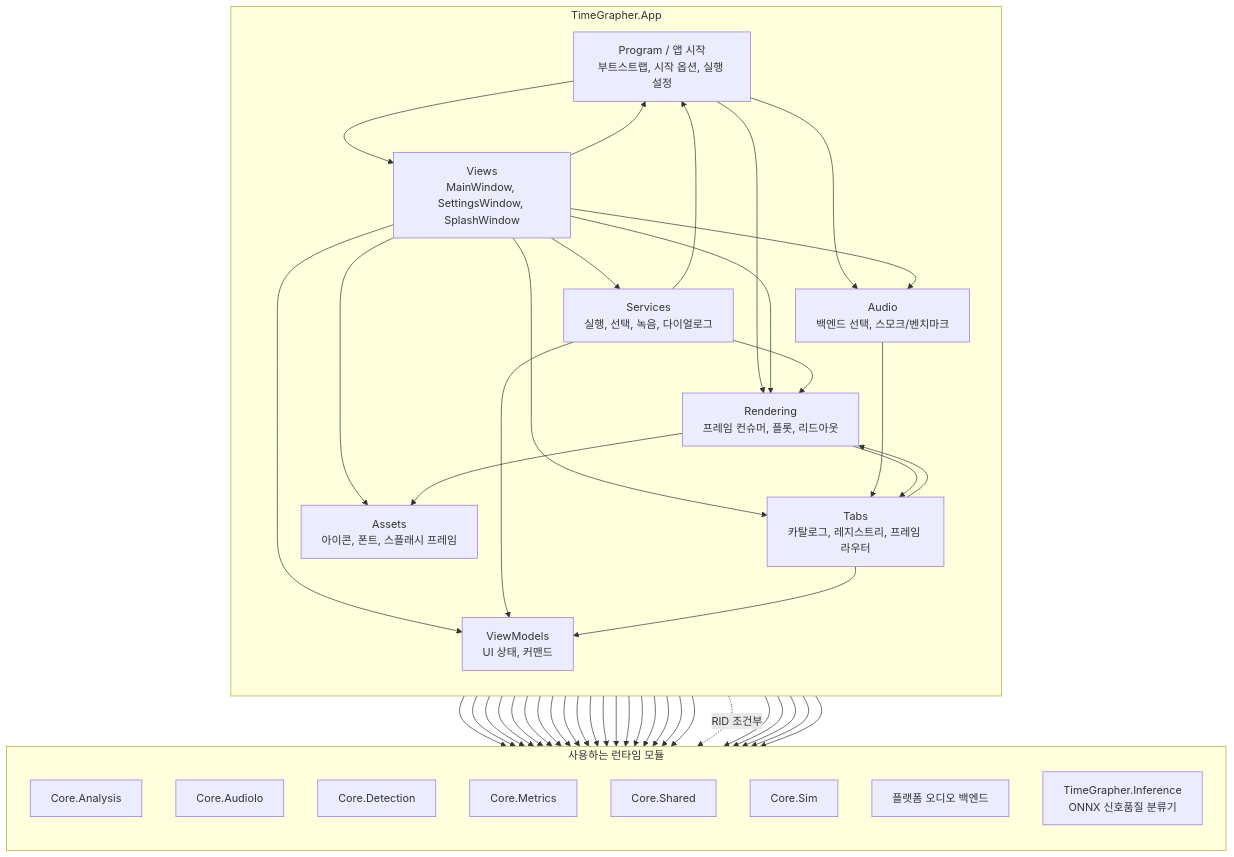
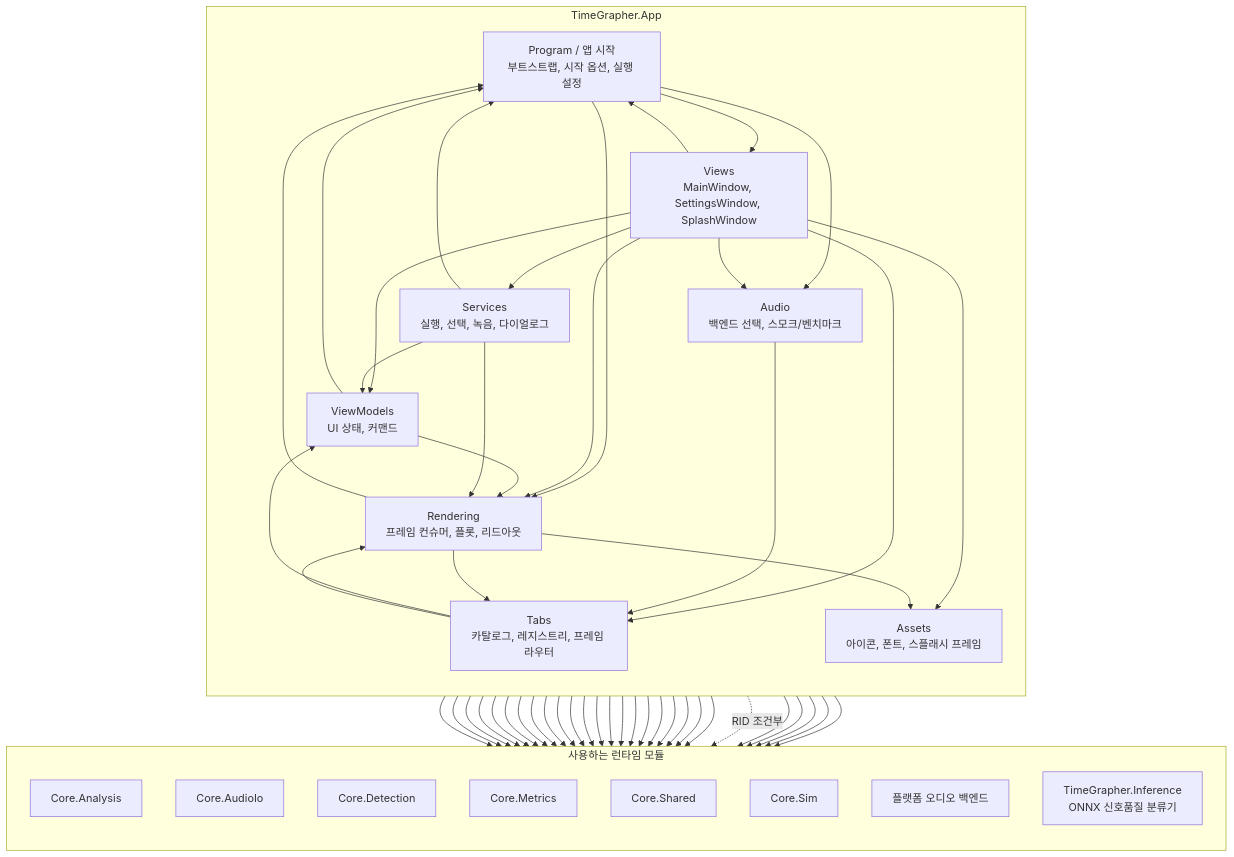
Before and after one commit to Jae-hong-5/TimeGrapher-Net: the second of 3 diagrams in docs/for-ai/MODULE_USES_VIEW.md, drawn with Mermaid. The commit also changed other lines of this file, not shown here.

````diff
--- a/docs/for-ai/MODULE_USES_VIEW.md
+++ b/docs/for-ai/MODULE_USES_VIEW.md
@@ -112,76 +112,82 @@
 ```mermaid
 flowchart TB
     subgraph App["TimeGrapher.App"]
         direction TB
         Program["Program / 앱 시작<br/>부트스트랩, 시작 옵션, 실행 설정"]
         Views["Views<br/>MainWindow, SettingsWindow, SplashWindow"]
         ViewModels["ViewModels<br/>UI 상태, 커맨드"]
         Services["Services<br/>실행, 선택, 녹음, 다이얼로그"]
         Audio["Audio<br/>백엔드 선택, 스모크/벤치마크"]
         Tabs["Tabs<br/>카탈로그, 레지스트리, 프레임 라우터"]
         Rendering["Rendering<br/>프레임 컨슈머, 플롯, 리드아웃"]
         Assets["Assets<br/>아이콘, 폰트, 스플래시 프레임"]
     end
 
     subgraph UsedRuntime["사용하는 런타임 모듈"]
         direction TB
         CoreAnalysis["Core.Analysis"]
         CoreAudioIo["Core.AudioIo"]
         CoreDetection["Core.Detection"]
         CoreMetrics["Core.Metrics"]
         CoreShared["Core.Shared"]
         CoreSim["Core.Sim"]
         PlatformAudio["플랫폼 오디오 백엔드"]
         InferenceLeaf["TimeGrapher.Inference<br/>ONNX 신호품질 분류기"]
     end
 
     Program --> Views
     Program --> Audio
     Program --> Rendering
     Program --> CoreAnalysis
     Program --> CoreAudioIo
+    Program --> CoreDetection
     Program --> CoreShared
 
     Views --> Program
     Views --> ViewModels
     Views --> Services
     Views --> Audio
     Views --> Tabs
     Views --> Rendering
+    Views --> CoreAnalysis
     Views --> CoreAudioIo
     Views --> CoreDetection
     Views --> CoreShared
     Views --> CoreSim
     Views --> Assets
     Views --> InferenceLeaf
 
     ViewModels --> CoreAnalysis
     ViewModels --> CoreShared
+    ViewModels --> Rendering
+    ViewModels --> Program
 
     Services --> ViewModels
     Services --> Program
     Services --> Rendering
     Services --> CoreAnalysis
     Services --> CoreAudioIo
     Services --> CoreDetection
     Services --> CoreMetrics
     Services --> CoreShared
+    Services --> CoreSim
 
     Audio --> Tabs
     Audio --> CoreAnalysis
     Audio --> CoreAudioIo
     Audio --> CoreShared
     Audio --> CoreSim
     Audio -. "RID 조건부" .-> PlatformAudio
 
     Tabs --> ViewModels
     Tabs --> Rendering
     Tabs --> CoreAnalysis
     Tabs --> CoreShared
 
     Rendering --> Tabs
+    Rendering --> Program
     Rendering --> CoreAnalysis
     Rendering --> CoreMetrics
     Rendering --> CoreShared
     Rendering --> Assets
 ```
````
